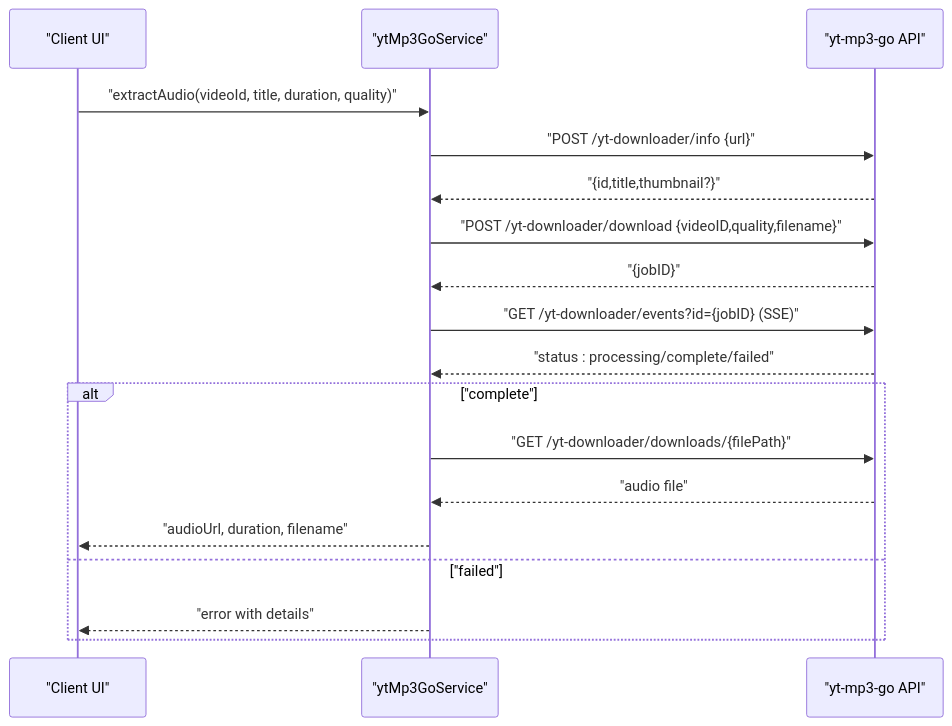
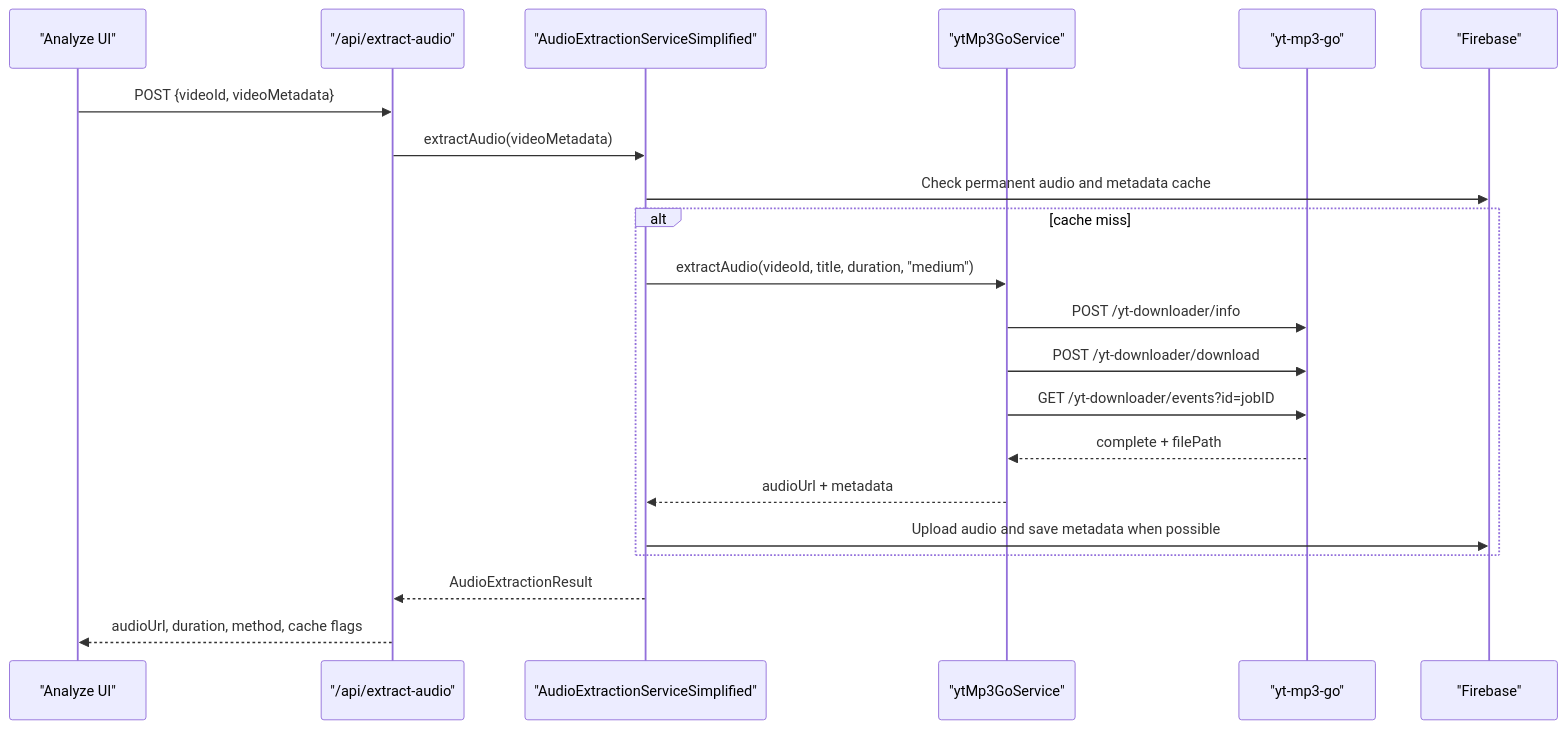
Before and after one commit to ptnghia-j/ChordMiniApp: the second of 2 diagrams in .qoder/repowiki/en/content/Audio Processing and Analysis/YouTube Integration.md, drawn with Mermaid. The commit also changed other lines of this file and 18 other files, not shown here.

````diff
--- a/.qoder/repowiki/en/content/Audio Processing and Analysis/YouTube Integration.md
+++ b/.qoder/repowiki/en/content/Audio Processing and Analysis/YouTube Integration.md
@@ -174,20 +56,23 @@
 ```mermaid
 sequenceDiagram
-participant UI as "Client UI"
+participant UI as "Analyze UI"
+participant API as "/api/extract-audio"
+participant Audio as "AudioExtractionServiceSimplified"
 participant MP3 as "ytMp3GoService"
-participant Svc as "yt-mp3-go API"
-UI->>MP3 : "extractAudio(videoId, title, duration, quality)"
-MP3->>Svc : "POST /yt-downloader/info {url}"
-Svc-->>MP3 : "{id,title,thumbnail?}"
-MP3->>Svc : "POST /yt-downloader/download {videoID,quality,filename}"
-Svc-->>MP3 : "{jobID}"
-MP3->>Svc : "GET /yt-downloader/events?id={jobID} (SSE)"
-Svc-->>MP3 : "status : processing/complete/failed"
-alt "complete"
-MP3->>Svc : "GET /yt-downloader/downloads/{filePath}"
-Svc-->>MP3 : "audio file"
-MP3-->>UI : "audioUrl, duration, filename"
-else "failed"
-MP3-->>UI : "error with details"
+participant Remote as "yt-mp3-go"
+participant Store as "Firebase"
+UI->>API : POST {videoId, videoMetadata}
+API->>Audio : extractAudio(videoMetadata)
+Audio->>Store : Check permanent audio and metadata cache
+alt cache miss
+Audio->>MP3 : extractAudio(videoId, title, duration, "medium")
+MP3->>Remote : POST /yt-downloader/info
+MP3->>Remote : POST /yt-downloader/download
+MP3->>Remote : GET /yt-downloader/events?id=jobID
+Remote-->>MP3 : complete + filePath
+MP3-->>Audio : audioUrl + metadata
+Audio->>Store : Upload audio and save metadata when possible
 end
+Audio-->>API : AudioExtractionResult
+API-->>UI : audioUrl, duration, method, cache flags
 ```
````
